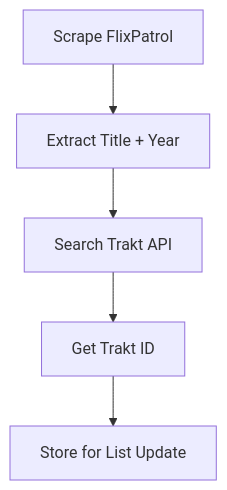
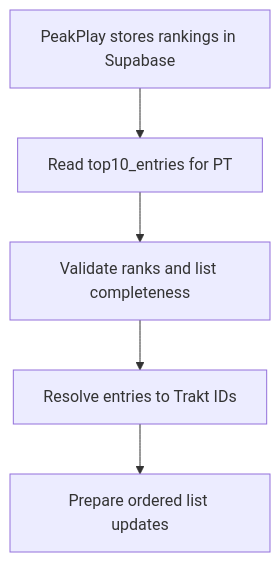
Before and after one commit to pcarrasqueira/top-streaming-services-data-portugal: the first of 2 diagrams in API.md, drawn with Mermaid. The commit also changed other lines of this file and 9 other files, not shown here.

Commit message:
feat: read Trakt rankings from PeakPlay Supabase

````diff
--- a/API.md
+++ b/API.md
@@ -242,7 +174,7 @@
 ```mermaid
 graph TD
-    A[Scrape FlixPatrol] --> B[Extract Title + Year]
-    B --> C[Search Trakt API]
-    C --> D[Get Trakt ID]
-    D --> E[Store for List Update]
+    A[PeakPlay stores rankings in Supabase] --> B[Read top10_entries for PT]
+    B --> C[Validate ranks and list completeness]
+    C --> D[Resolve entries to Trakt IDs]
+    D --> E[Prepare ordered list updates]
 ```
````
